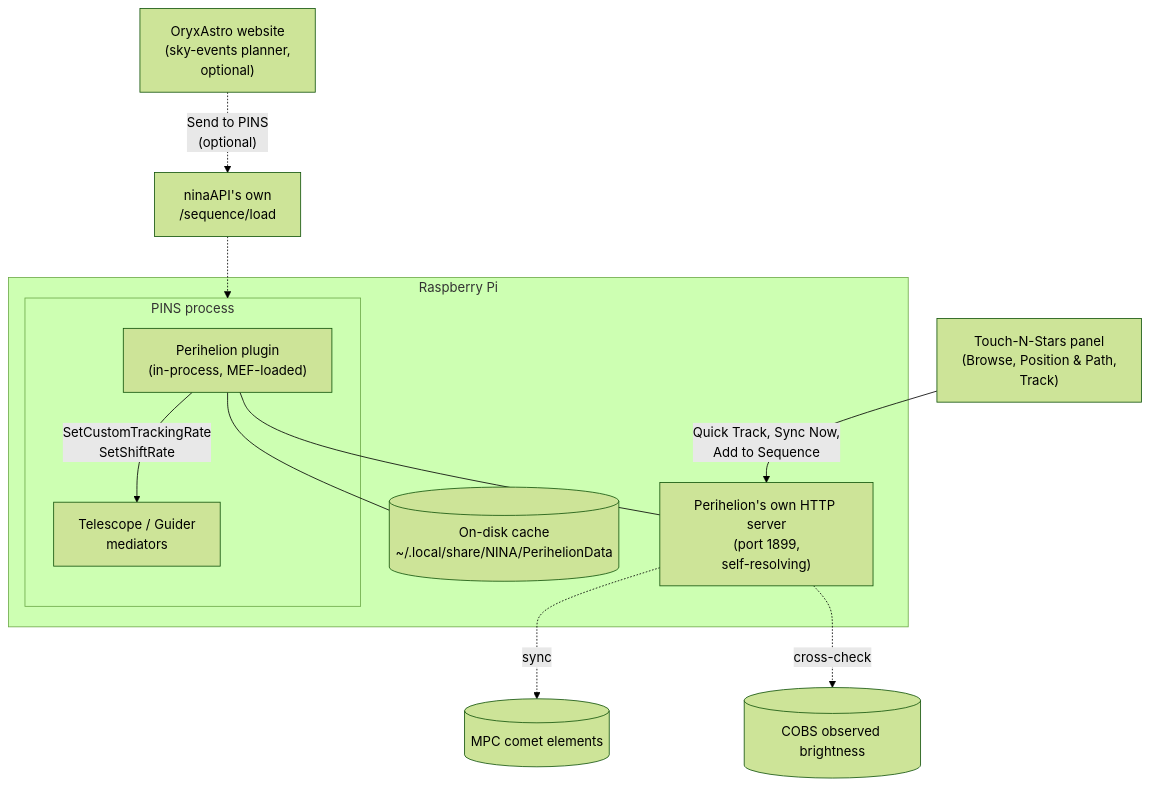
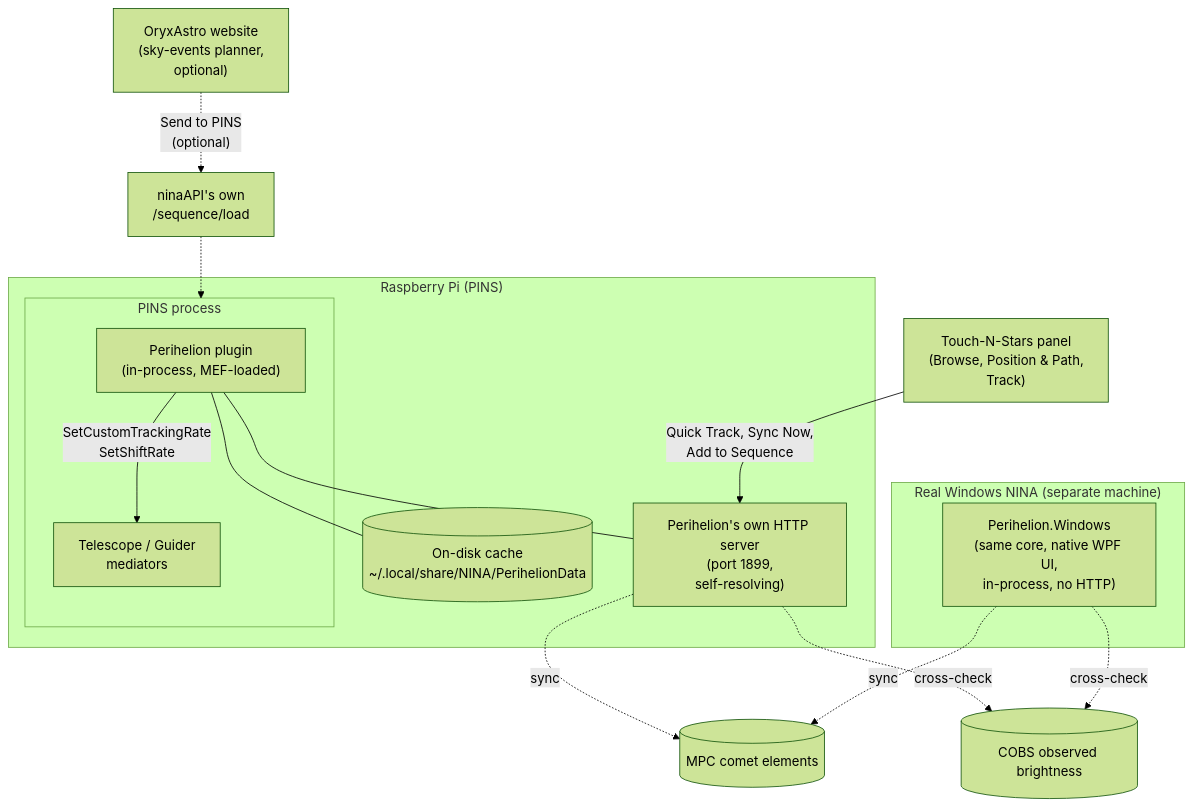
One commit to OryxAstro/perihelion changed the diagram in README.md. Above: the diagram before and after it, drawn with Mermaid (forest theme). The commit also changed other lines of this file, not shown here.

First line of the commit message:
Restructure README, add Native Windows NINA plugin section

````diff
--- a/README.md
+++ b/README.md
@@ -54,27 +70,33 @@
 ```mermaid
 flowchart TB
-    subgraph pi["Raspberry Pi"]
+    subgraph pi["Raspberry Pi (PINS)"]
         subgraph nina["PINS process"]
             plugin["Perihelion plugin<br/>(in-process, MEF-loaded)"]
             mediator["Telescope / Guider<br/>mediators"]
             plugin -->|SetCustomTrackingRate<br/>SetShiftRate| mediator
         end
         api["Perihelion's own HTTP server<br/>(port 1899,<br/>self-resolving)"]
         cache[("On-disk cache<br/>~/.local/share/NINA/PerihelionData")]
         plugin --- api
         plugin --- cache
     end
 
     tns["Touch-N-Stars panel<br/>(Browse, Position & Path,<br/>Track)"]
     tns -->|Quick Track, Sync Now,<br/>Add to Sequence| api
 
+    subgraph win["Real Windows NINA (separate machine)"]
+        winplugin["Perihelion.Windows<br/>(same core, native WPF UI,<br/>in-process, no HTTP)"]
+    end
+
     mpc[("MPC comet elements")]
     cobs[("COBS observed brightness")]
     api -.sync.-> mpc
     api -.cross-check.-> cobs
+    winplugin -.sync.-> mpc
+    winplugin -.cross-check.-> cobs
 
     website["OryxAstro website<br/>(sky-events planner,<br/>optional)"]
     ninaapi["ninaAPI's own<br/>/sequence/load"]
     website -.->|"Send to PINS<br/>(optional)"| ninaapi
     ninaapi -.-> nina
 ```
````
